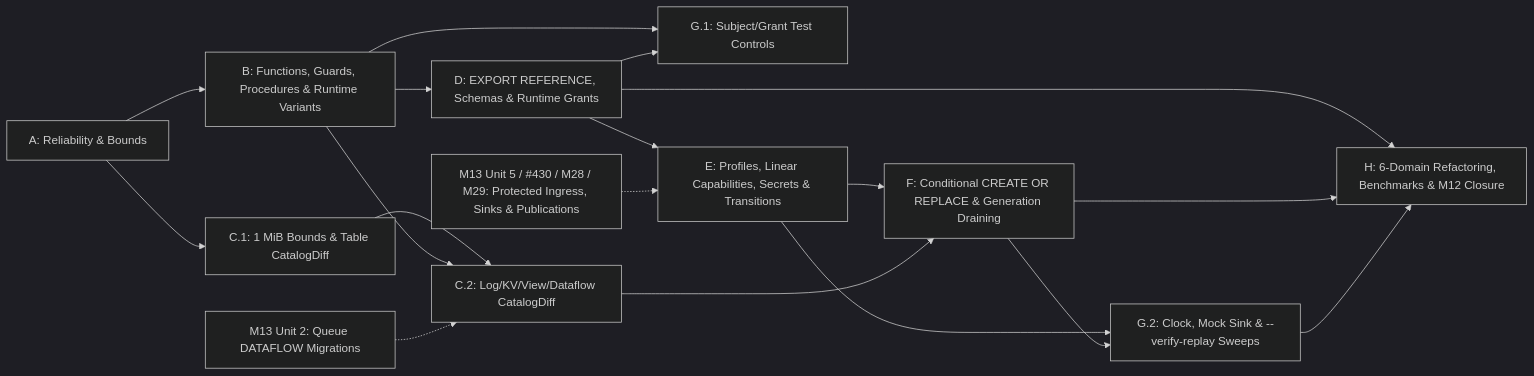
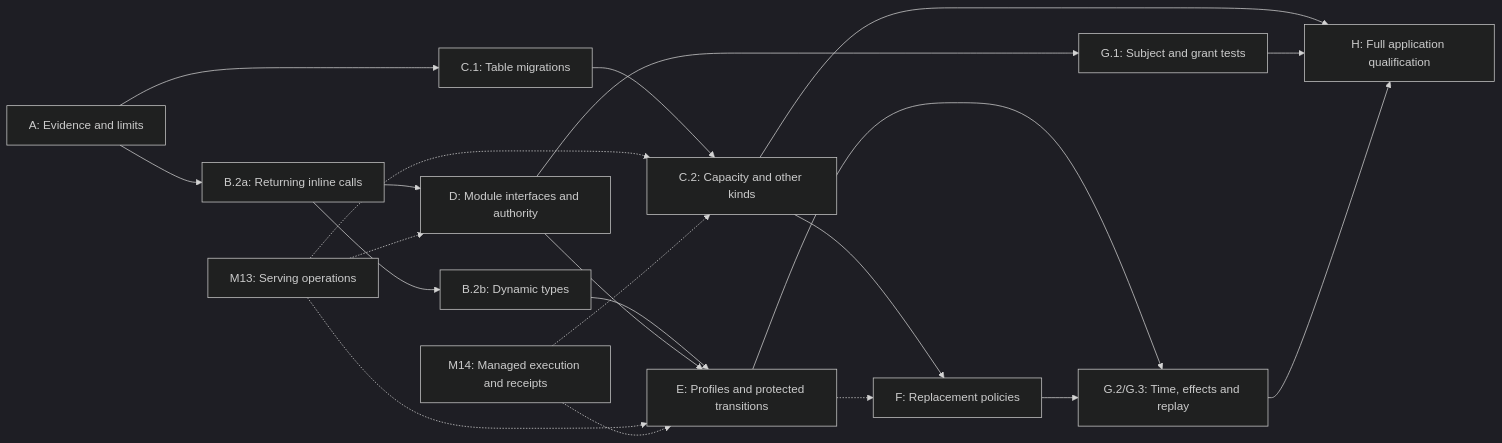
Before and after one commit to spoke-sh/transit: the diagram in docs/roadmap/application-modules-completion.md, drawn with Mermaid (dark theme). The commit also changed other lines of this file and 2 other files, not shown here.

Commit message:
docs(roadmap): refresh remaining application compiler implementation plan

````diff
--- a/docs/roadmap/application-modules-completion.md
+++ b/docs/roadmap/application-modules-completion.md
@@ -585,20 +463,23 @@
 ```mermaid
 flowchart LR
-  A["A: Reliability & Bounds"] --> B["B: Functions, Guards, Procedures & Runtime Variants"]
-  A --> C1["C.1: 1 MiB Bounds & Table CatalogDiff"]
-  B --> D["D: EXPORT REFERENCE, Schemas & Runtime Grants"]
-  B --> G1["G.1: Subject/Grant Test Controls"]
-  D --> G1
-  C1 --> C2["C.2: Log/KV/View/Dataflow CatalogDiff"]
-  B --> C2
-  M13U2["M13 Unit 2: Queue DATAFLOW Migrations"] -.-> C2
-  D --> E["E: Profiles, Linear Capabilities, Secrets & Transitions"]
-  M13U5["M13 Unit 5 / #430 / M28 / M29: Protected Ingress, Sinks & Publications"] -.-> E
-  E --> F["F: Conditional CREATE OR REPLACE & Generation Draining"]
-  C2 --> F
-  E --> G2["G.2: Clock, Mock Sink & --verify-replay Sweeps"]
+  A["A: Evidence and limits"] --> C1["C.1: Table migrations"]
+  A --> B2a["B.2a: Returning inline calls"]
+  B2a --> B2b["B.2b: Dynamic types"]
+  B2a --> D["D: Module interfaces and authority"]
+  C1 --> C2["C.2: Capacity and other kinds"]
+  D --> G1["G.1: Subject and grant tests"]
+  B2b --> E["E: Profiles and protected transitions"]
+  D --> E
+  M13["M13: Serving operations"] -.-> D
+  M13 -.-> E
+  M13 -.-> C2
+  M14["M14: Managed execution and receipts"] -.-> C2
+  M14 -.-> E
+  C2 --> F["F: Replacement policies"]
+  E -.-> F
+  E --> G2["G.2/G.3: Time, effects and replay"]
   F --> G2
-  D --> H["H: 6-Domain Refactoring, Benchmarks & M12 Closure"]
-  F --> H
+  C2 --> H["H: Full application qualification"]
+  G1 --> H
   G2 --> H
 ```
````
